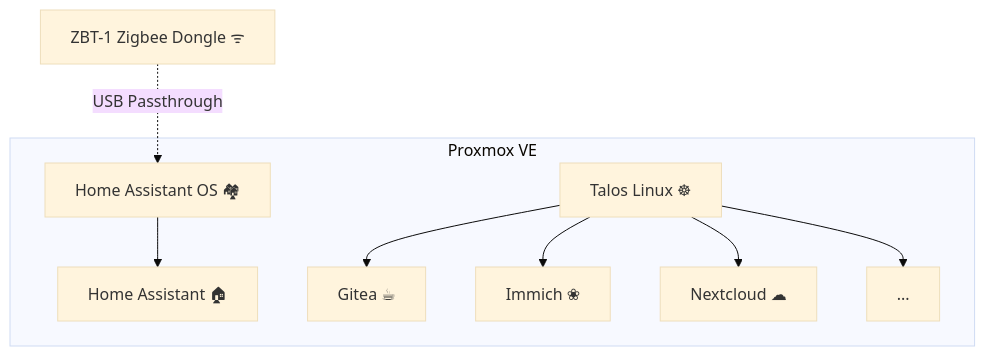
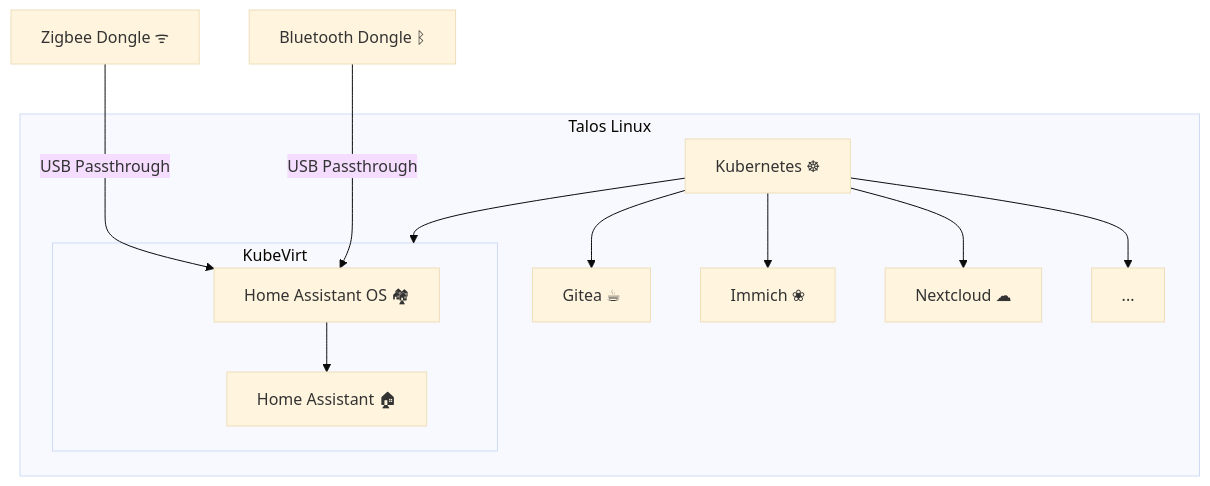
One commit to olav-st/homelab changed the diagram in README.md. Above: the diagram before and after it, drawn with Mermaid (base theme). The commit also changed other lines of this file, not shown here.

````diff
--- a/README.md
+++ b/README.md
@@ -50,19 +50,25 @@
 ```mermaid
 flowchart TD
-    subgraph Hypervisor["Proxmox VE"]
-        HAOS["Home Assistant OS 🏘"]
-        TLOS["Talos Linux ☸"]
-        HA["Home Assistant 🏠︎"]
+    ZB["Zigbee Dongle ᯤ"]
+    BT["Bluetooth Dongle ᛒ"]
+
+    subgraph OS["Talos Linux"]
+        K8SC["Kubernetes ☸"]
         Gitea["Gitea ☕︎"]
         Immich["Immich ❀"]
         Nextcloud["Nextcloud ☁︎"]
         Etc["..."]
+        subgraph KubeVirt["KubeVirt"]
+            HAOS["Home Assistant OS 🏘"]
+            HA["Home Assistant 🏠︎"]
+        end
         HAOS --> HA
-        TLOS --> Gitea
-        TLOS --> Immich
-        TLOS --> Nextcloud
-        TLOS --> Etc
+        K8SC --> KubeVirt
+        K8SC --> Gitea
+        K8SC --> Immich
+        K8SC --> Nextcloud
+        K8SC --> Etc
     end
-    USB["ZBT-1 Zigbee Dongle ᯤ"]
-    USB -.-> |USB Passthrough| HAOS
+    ZB ---> |USB Passthrough| HAOS
+    BT ---> |USB Passthrough| HAOS
 ```
````
